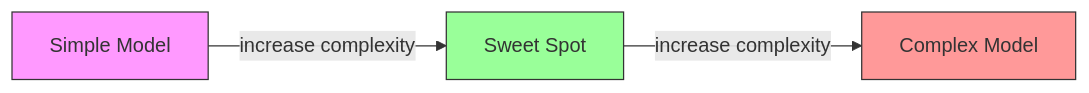
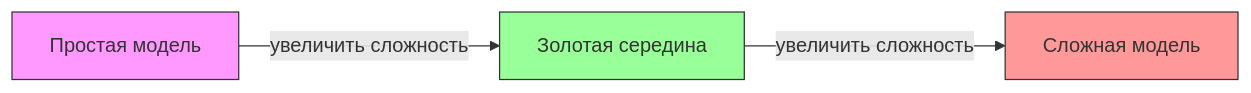
Before and after one commit to stabuev/ai-engineering-from-scratch: the first of 5 diagrams in phases/02-ml-fundamentals/10-bias-variance/docs/ru.md, drawn with Mermaid. The commit also changed other lines of this file and 22 other files, not shown here.

````diff
--- a/phases/02-ml-fundamentals/10-bias-variance/docs/ru.md
+++ b/phases/02-ml-fundamentals/10-bias-variance/docs/ru.md
@@ -77,9 +77,9 @@
 ```mermaid
 graph LR
-    A[Simple Model] -->|increase complexity| B[Sweet Spot]
-    B -->|increase complexity| C[Complex Model]
+    A[Простая модель] -->|увеличить сложность| B[Золотая середина]
+    B -->|увеличить сложность| C[Сложная модель]
 
     style A fill:#f9f,stroke:#333
     style B fill:#9f9,stroke:#333
     style C fill:#f99,stroke:#333
 ```
````
